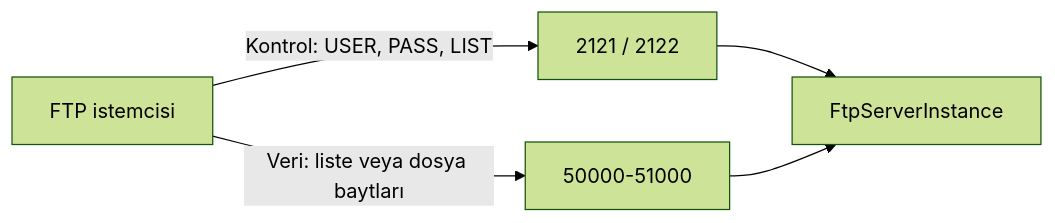
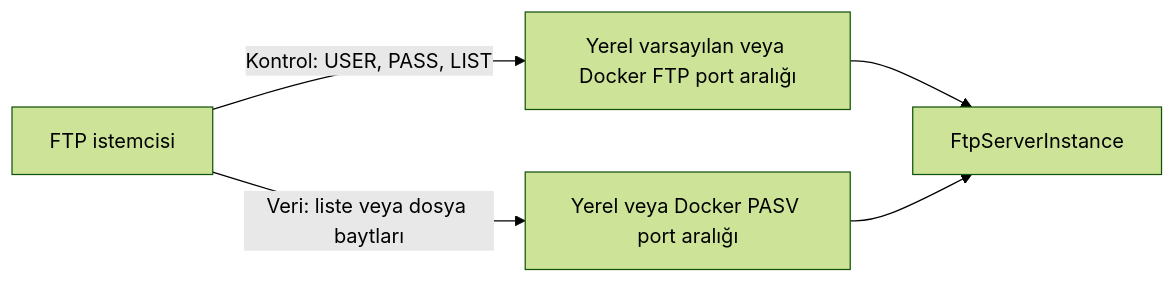
One commit to ottamina/FTP_Dosya_Yonetimi changed the third of 13 diagrams in docs/03_AKISLAR_VE_PROTOKOLLER.md. Above: the diagram before and after it, drawn with Mermaid (forest theme). The commit also changed other lines of this file and 9 other files, not shown here.

````diff
--- a/docs/03_AKISLAR_VE_PROTOKOLLER.md
+++ b/docs/03_AKISLAR_VE_PROTOKOLLER.md
@@ -55,7 +55,7 @@
 ```mermaid
 flowchart LR
-    Client["FTP istemcisi"] -->|"Kontrol: USER, PASS, LIST"| Control["2121 / 2122"]
-    Client -->|"Veri: liste veya dosya baytları"| Passive["50000-51000"]
+    Client["FTP istemcisi"] -->|"Kontrol: USER, PASS, LIST"| Control["Yerel varsayılan veya Docker FTP port aralığı"]
+    Client -->|"Veri: liste veya dosya baytları"| Passive["Yerel veya Docker PASV port aralığı"]
     Control --> Server["FtpServerInstance"]
     Passive --> Server
 ```
````
